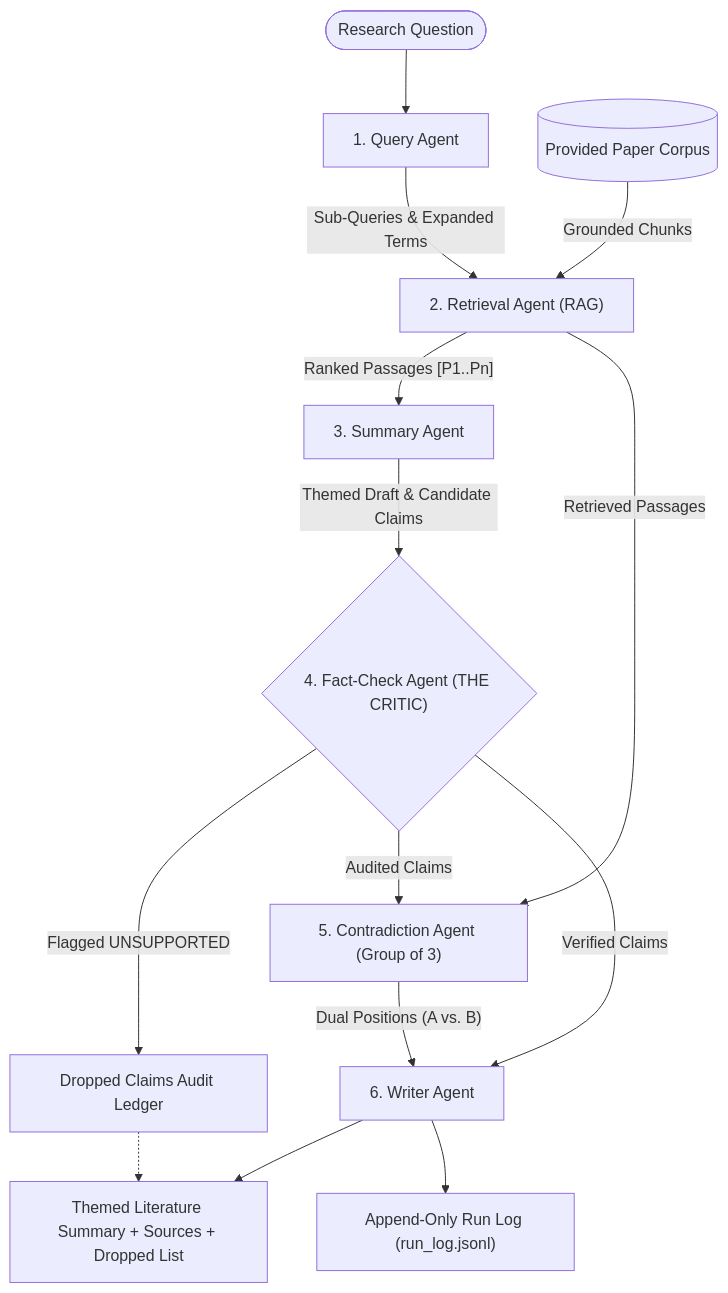
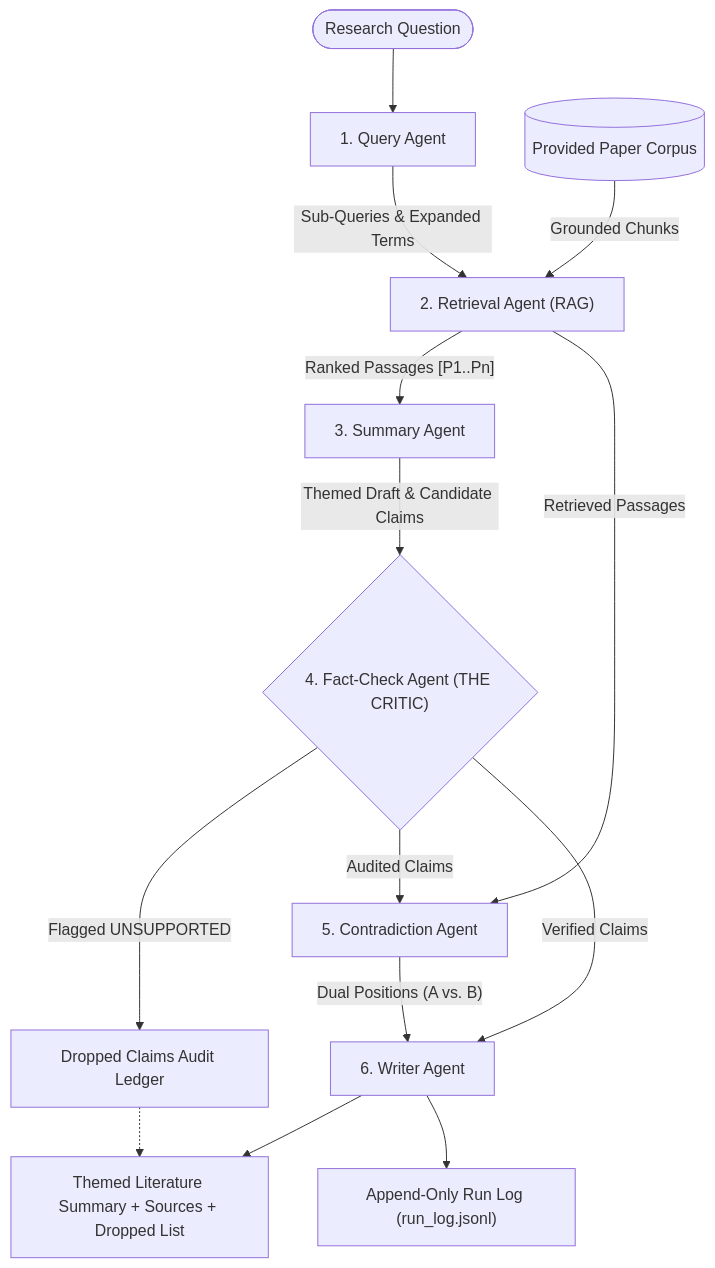
Before and after one commit to rock-debug/AgenticCA2: the diagram in README.md, drawn with Mermaid. The commit also changed other lines of this file and 26 other files, not shown here.

````diff
--- a/README.md
+++ b/README.md
@@ -31,16 +30,16 @@
 ```mermaid
 flowchart TD
     User(["Research Question"]) --> A["1. Query Agent"]
     A -->|"Sub-Queries & Expanded Terms"| B["2. Retrieval Agent (RAG)"]
     Corpus[("Provided Paper Corpus")] -->|"Grounded Chunks"| B
     B -->|"Ranked Passages [P1..Pn]"| C["3. Summary Agent"]
     C -->|"Themed Draft & Candidate Claims"| D{"4. Fact-Check Agent (THE CRITIC)"}
     D -->|"Flagged UNSUPPORTED"| X["Dropped Claims Audit Ledger"]
-    D -->|"Audited Claims"| E["5. Contradiction Agent (Group of 3)"]
+    D -->|"Audited Claims"| E["5. Contradiction Agent"]
     B -->|"Retrieved Passages"| E
     E -->|"Dual Positions (A vs. B)"| F["6. Writer Agent"]
     D -->|"Verified Claims"| F
     F --> G["Themed Literature Summary + Sources + Dropped List"]
     F --> H["Append-Only Run Log (run_log.jsonl)"]
     X -.-> G
 ```
````
